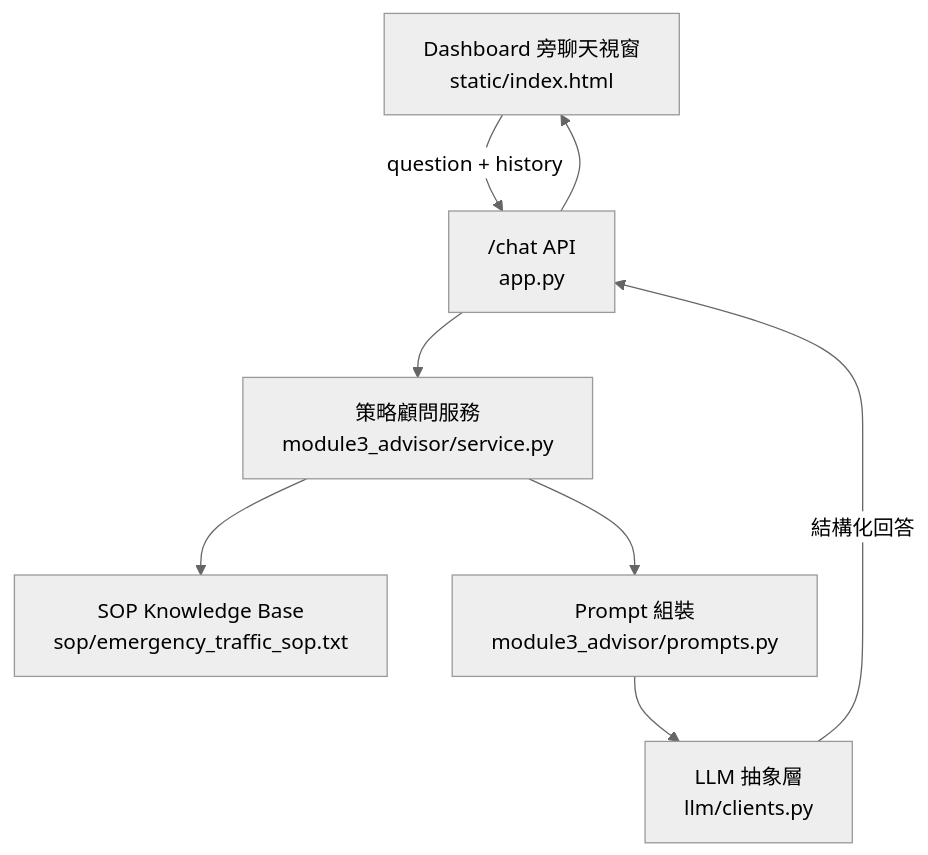
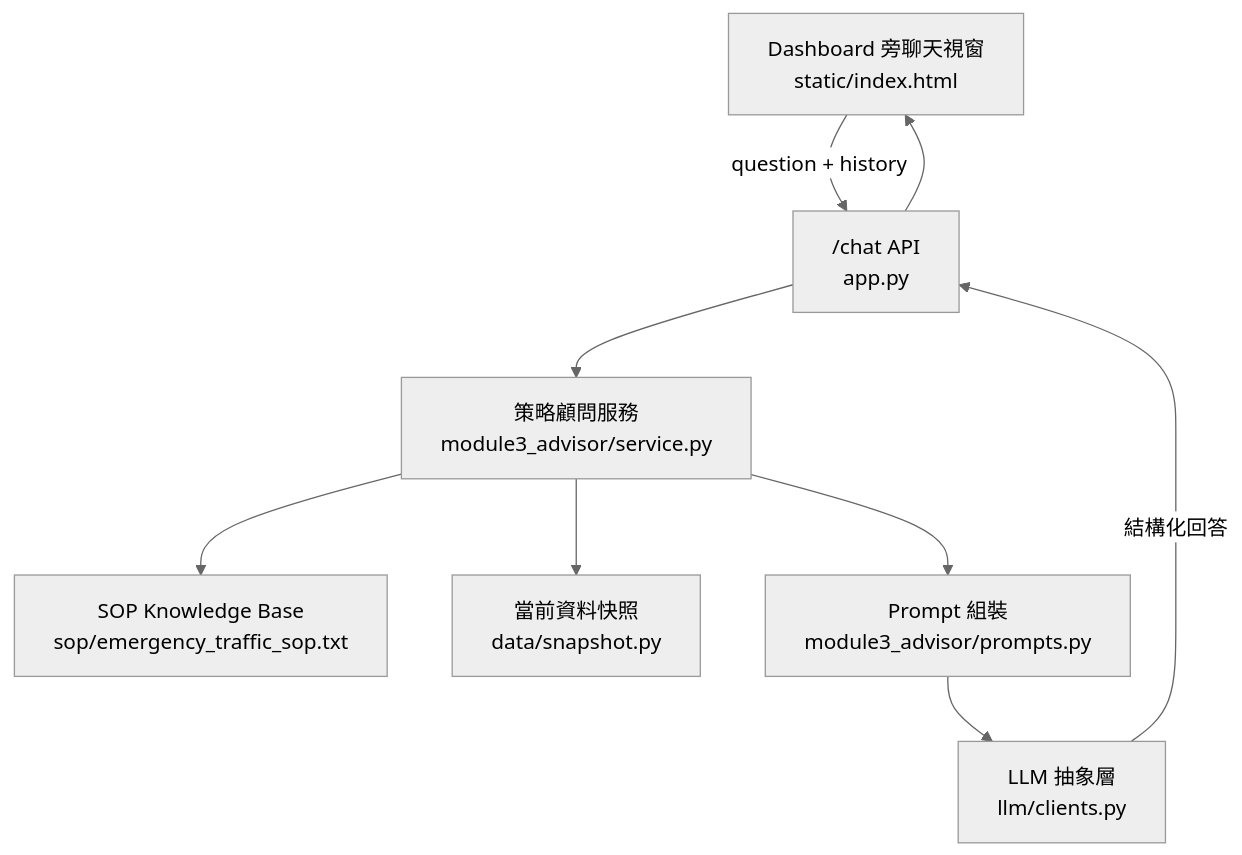
Before and after one commit to yxxi3uuu/squirrel: the diagram in docs/module3_advisor_architecture.md, drawn with Mermaid (neutral theme). The commit also changed other lines of this file and 6 other files, not shown here.

Commit message:
Refine module 3 advisory what-if flows

````diff
--- a/docs/module3_advisor_architecture.md
+++ b/docs/module3_advisor_architecture.md
@@ -72,17 +75,19 @@
 ```mermaid
 flowchart TB
     UI["Dashboard 旁聊天視窗<br/>static/index.html"]
     API["/chat API<br/>app.py"]
     SERVICE["策略顧問服務<br/>module3_advisor/service.py"]
     SOP["SOP Knowledge Base<br/>sop/emergency_traffic_sop.txt"]
+    SNAPSHOT["當前資料快照<br/>data/snapshot.py"]
     PROMPT["Prompt 組裝<br/>module3_advisor/prompts.py"]
     LLM["LLM 抽象層<br/>llm/clients.py"]
 
     UI -->|"question + history"| API
     API --> SERVICE
     SERVICE --> SOP
+    SERVICE --> SNAPSHOT
     SERVICE --> PROMPT
     PROMPT --> LLM
     LLM -->|"結構化回答"| API
     API --> UI
 ```
````
